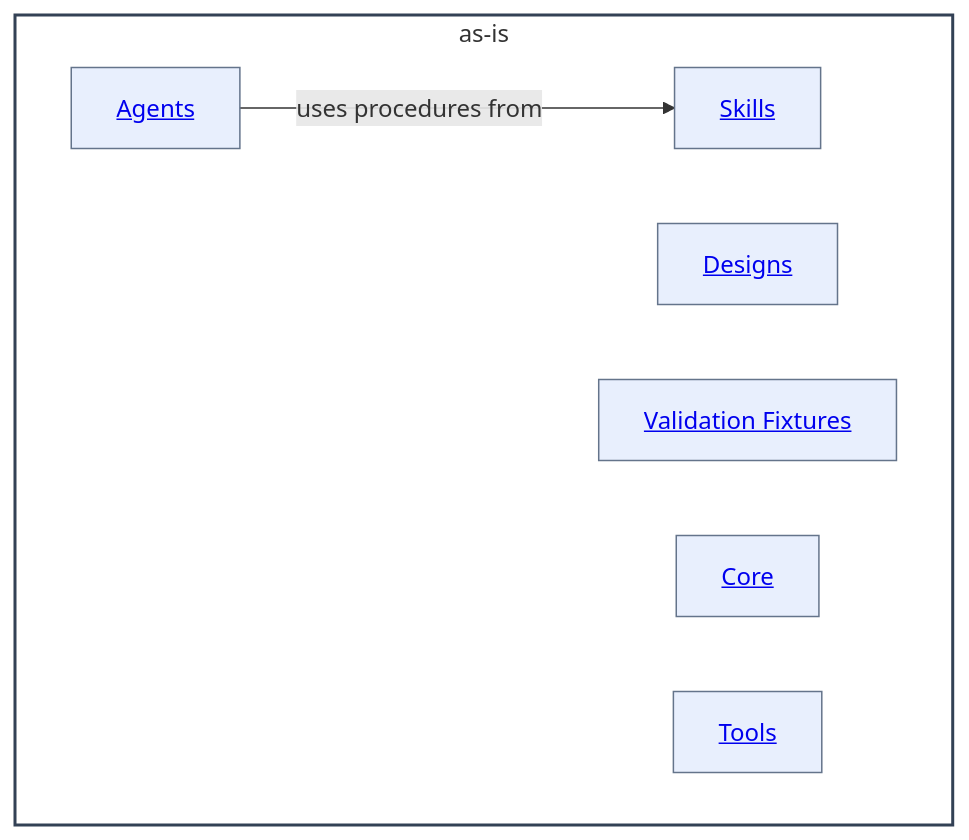
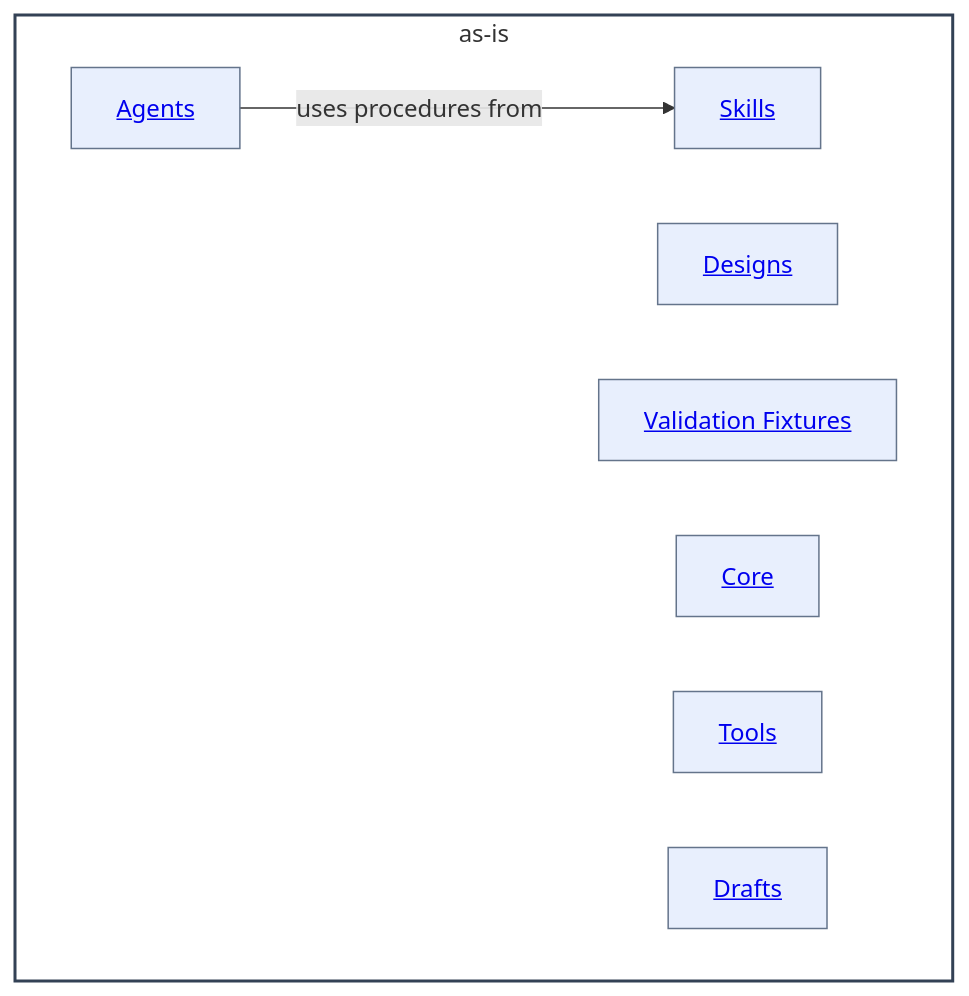
Before and after one commit to abstract-business-systems/as-is: the diagram in as-is.md, drawn with Mermaid. The commit also changed other lines of this file and 4 other files, not shown here.

Commit message:
docs(drafts): add composing skills proposal

````diff
--- a/as-is.md
+++ b/as-is.md
@@ -39,18 +40,19 @@
 ```mermaid
 %%{init: {"securityLevel": "loose"}}%%
 flowchart LR
     subgraph Root["as-is"]
         direction LR
         Agents["<a href='./agents/as-is.md#design'>Agents</a>"]
         Designs["<a href='./designs/as-is.md#design'>Designs</a>"]
         Skills["<a href='./skills/as-is.md#design'>Skills</a>"]
         Fixtures["<a href='./validation-fixtures/as-is.md#design'>Validation Fixtures</a>"]
         Core["<a href='./core/as-is.md#design'>Core</a>"]
         Tools["<a href='./tools/as-is.md#design'>Tools</a>"]
+        Drafts["<a href='./drafts/as-is.md#design'>Drafts</a>"]
         Agents -->|uses procedures from| Skills
     end
     classDef component fill:#f8fafc,fill-opacity:0.1,stroke:#334155,stroke-width:2px
     classDef child fill:#2563eb,fill-opacity:0.1,stroke:#64748b,stroke-width:1px
     class Root component
-    class Agents,Designs,Skills,Fixtures,Core,Tools child
+    class Agents,Designs,Skills,Fixtures,Core,Tools,Drafts child
 ```
````
